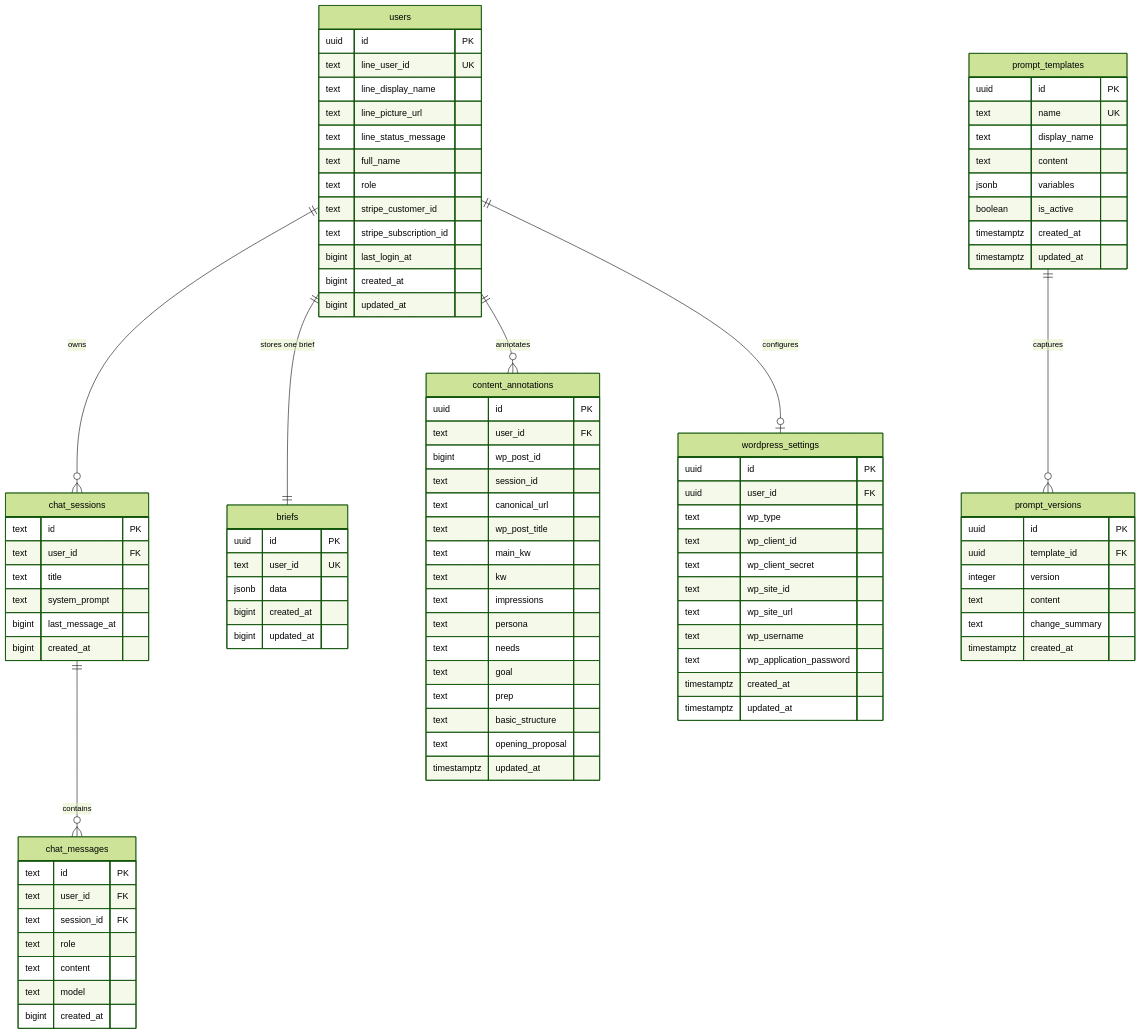
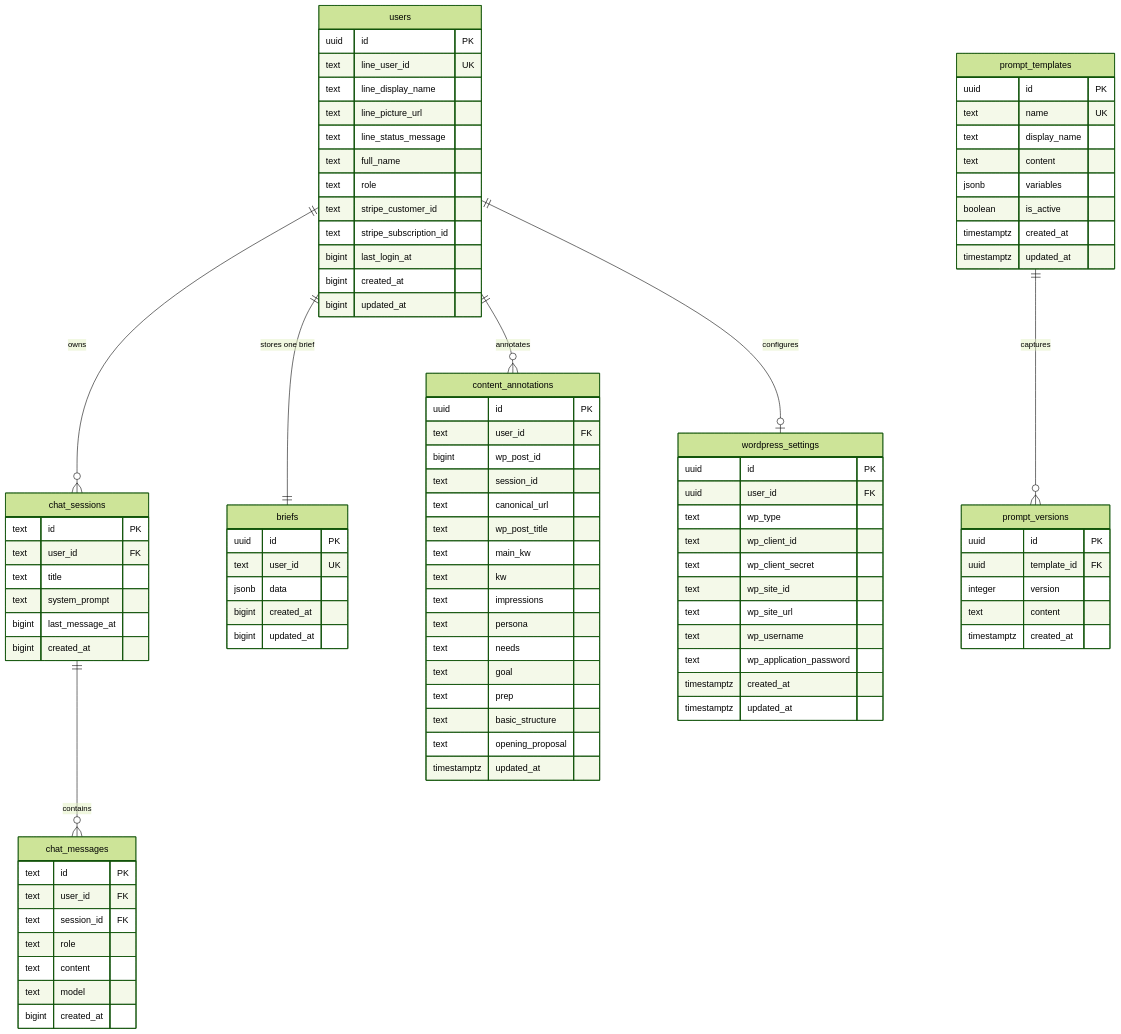
One commit to shoma-endo/industry-specific-mc-training changed the third of 3 diagrams in README.md. Above: the diagram before and after it, drawn with Mermaid (forest theme). The commit also changed 5 other files, not shown here.

```diff
--- a/README.md
+++ b/README.md
@@ -253,7 +253,6 @@
         uuid template_id FK
         integer version
         text content
-        text change_summary
         timestamptz created_at
     }
 
```
